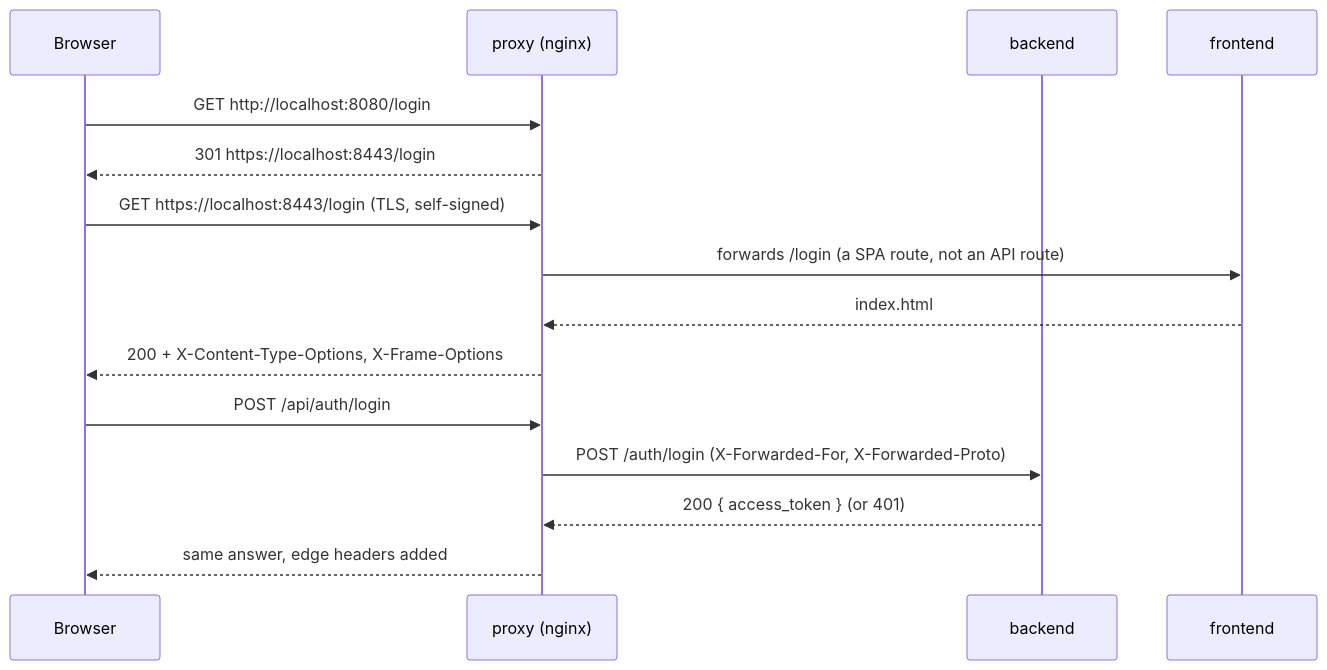
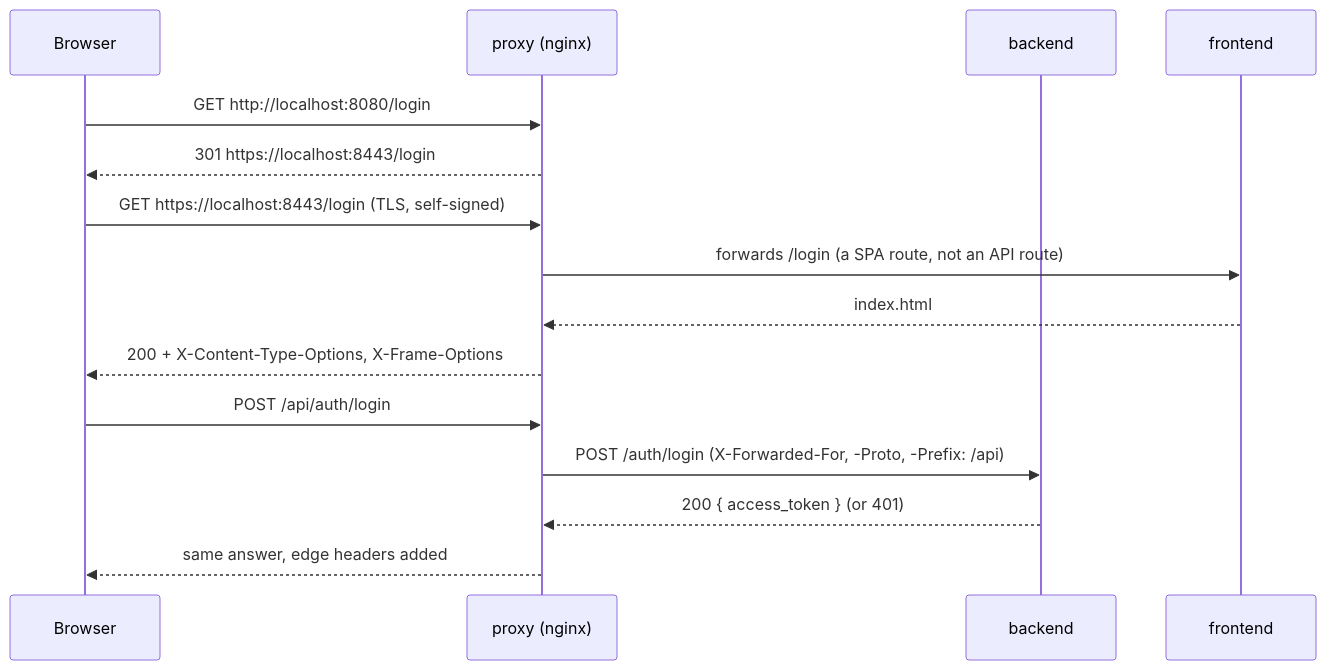
One commit to kidp8479/42_hypertube changed the second of 3 diagrams in docs/diagrams/network.md. Above: the diagram before and after it, drawn with Mermaid. The commit also changed other lines of this file and 7 other files, not shown here.

First line of the commit message:
docs(HYP-71): phase 2 in the ADRs, the network diagram, onboarding and the checklist

````diff
--- a/docs/diagrams/network.md
+++ b/docs/diagrams/network.md
@@ -51,17 +47,17 @@
 ```mermaid
 sequenceDiagram
     participant B as Browser
     participant P as proxy (nginx)
     participant A as backend
     participant F as frontend
     B->>P: GET http://localhost:8080/login
     P-->>B: 301 https://localhost:8443/login
     B->>P: GET https://localhost:8443/login (TLS, self-signed)
     P->>F: forwards /login (a SPA route, not an API route)
     F-->>P: index.html
     P-->>B: 200 + X-Content-Type-Options, X-Frame-Options
     B->>P: POST /api/auth/login
-    P->>A: POST /auth/login (X-Forwarded-For, X-Forwarded-Proto)
+    P->>A: POST /auth/login (X-Forwarded-For, -Proto, -Prefix: /api)
     A-->>P: 200 { access_token } (or 401)
     P-->>B: same answer, edge headers added
 ```
````
